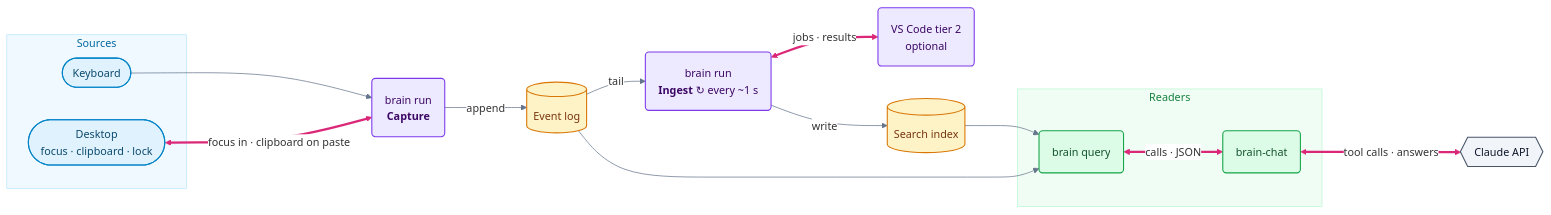
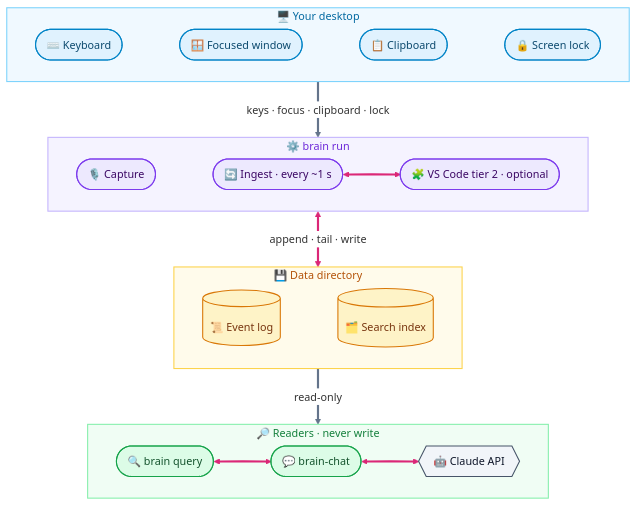
One commit to ChenOhana/shadow-assistant changed the first of 2 diagrams in DIAGRAMS.md. Above: the diagram before and after it, drawn with Mermaid. The commit also changed other lines of this file, not shown here.

Commit message:
Draw the diagrams as top-to-bottom layers
The components are four horizontal layers (desktop, brain run, data
directory, readers) and the stages two (brain run, readers), with
emoji illustrations, pill-shaped nodes, thick arrows between layers,
pink two-way arrows and dashed loop arrows inside them.

Claude-Session: https://claude.ai/code/session_01TqJ1JQ5AR6NbGxAYUZbh83

````diff
--- a/DIAGRAMS.md
+++ b/DIAGRAMS.md
@@ -9,48 +9,59 @@
 ```mermaid
-%%{init: {"theme": "base", "themeVariables": {"fontSize": "15px", "lineColor": "#64748b", "edgeLabelBackground": "#ffffff"}, "flowchart": {"curve": "basis", "padding": 18, "nodeSpacing": 45, "rankSpacing": 60}}}%%
-flowchart LR
-    subgraph SRC["Sources"]
-        KB(["Keyboard"])
-        DE(["Desktop<br/>focus · clipboard · lock"])
+%%{init: {"theme": "base", "themeVariables": {"fontSize": "15px", "lineColor": "#64748b", "edgeLabelBackground": "#ffffff"}, "flowchart": {"curve": "basis", "padding": 20, "nodeSpacing": 40, "rankSpacing": 55}}}%%
+flowchart TB
+    subgraph L1["🖥️ Your desktop"]
+        direction LR
+        KB(["⌨️ Keyboard"])
+        FOC(["🪟 Focused window"])
+        CLIP(["📋 Clipboard"])
+        SCR(["🔒 Screen lock"])
+        KB ~~~ FOC ~~~ CLIP ~~~ SCR
     end
 
-    CAP("brain run<br/><b>Capture</b>")
-    LOG[("Event log")]
-    ING("brain run<br/><b>Ingest</b> ↻ every ~1 s")
-    T2("VS Code tier 2<br/>optional")
-    DB[("Search index")]
-
-    subgraph USE["Readers"]
-        Q("brain query")
-        CHAT("brain-chat")
+    subgraph L2["⚙️ brain run"]
+        direction LR
+        CAP(["🎙️ Capture"])
+        ING(["🔄 Ingest · every ~1 s"])
+        T2(["🧩 VS Code tier 2 · optional"])
+        CAP ~~~ ING
+        ING <--> T2
     end
 
-    API{{"Claude API"}}
+    subgraph L3["💾 Data directory"]
+        direction LR
+        LOG[("📜 Event log")]
+        DB[("🗂️ Search index")]
+        LOG ~~~ DB
+    end
 
-    KB --> CAP
-    DE <-->|"focus in · clipboard on paste"| CAP
-    CAP -->|"append"| LOG
-    LOG -->|"tail"| ING
-    ING -->|"write"| DB
-    ING <-->|"jobs · results"| T2
-    DB --> Q
-    LOG --> Q
-    Q <-->|"calls · JSON"| CHAT
-    CHAT <-->|"tool calls · answers"| API
+    subgraph L4["🔎 Readers · never write"]
+        direction LR
+        Q(["🔍 brain query"])
+        CHAT(["💬 brain-chat"])
+        API{{"🤖 Claude API"}}
+        Q <--> CHAT <--> API
+    end
+
+    L1 ==>|"keys · focus · clipboard · lock"| L2
+    L2 <==>|"append · tail · write"| L3
+    L3 ==>|"read-only"| L4
 
     classDef src fill:#e0f2fe,stroke:#0284c7,stroke-width:1.5px,color:#0c4a6e
     classDef proc fill:#ede9fe,stroke:#7c3aed,stroke-width:1.5px,color:#3b0764
     classDef store fill:#fef3c7,stroke:#d97706,stroke-width:1.5px,color:#78350f
     classDef read fill:#dcfce7,stroke:#16a34a,stroke-width:1.5px,color:#14532d
     classDef ext fill:#f1f5f9,stroke:#475569,stroke-width:1.5px,color:#0f172a
-    class KB,DE src
+    class KB,FOC,CLIP,SCR src
     class CAP,ING,T2 proc
     class LOG,DB store
     class Q,CHAT read
     class API ext
 
-    style SRC fill:#f0f9ff,stroke:#bae6fd,color:#0369a1
-    style USE fill:#f0fdf4,stroke:#bbf7d0,color:#15803d
+    style L1 fill:#f0f9ff,stroke:#7dd3fc,stroke-width:1.5px,color:#0369a1
+    style L2 fill:#f5f3ff,stroke:#c4b5fd,stroke-width:1.5px,color:#6d28d9
+    style L3 fill:#fffbeb,stroke:#fcd34d,stroke-width:1.5px,color:#b45309
+    style L4 fill:#f0fdf4,stroke:#86efac,stroke-width:1.5px,color:#15803d
 
-    linkStyle 1,5,8,9 stroke:#db2777,stroke-width:3px
+    linkStyle 4,6,7,9 stroke:#db2777,stroke-width:3px
+    linkStyle 8,10 stroke:#64748b,stroke-width:3px
 ```
````
